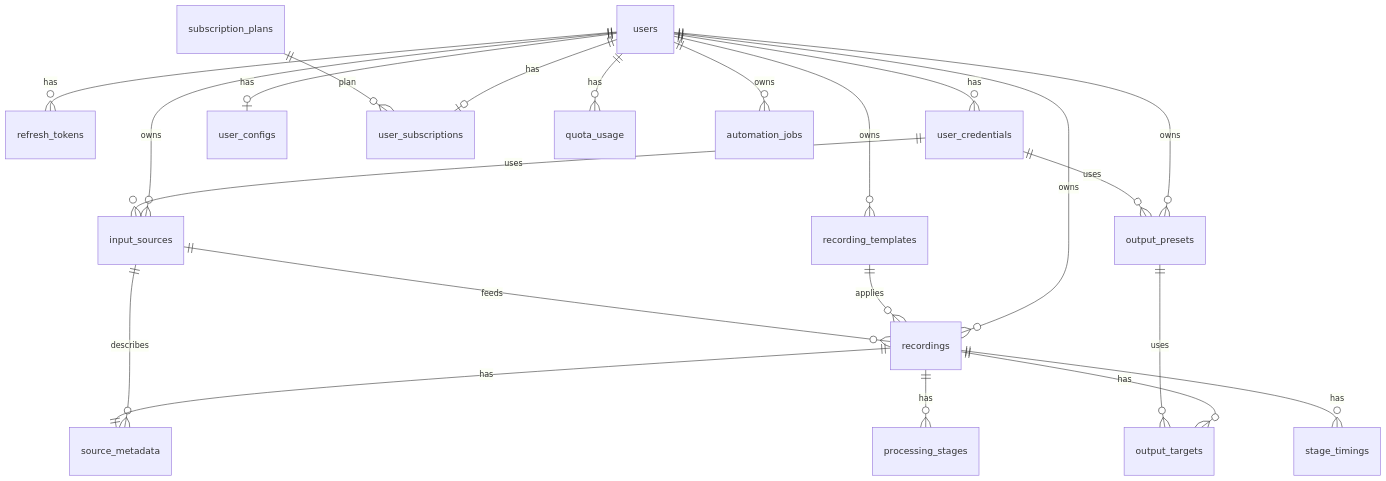
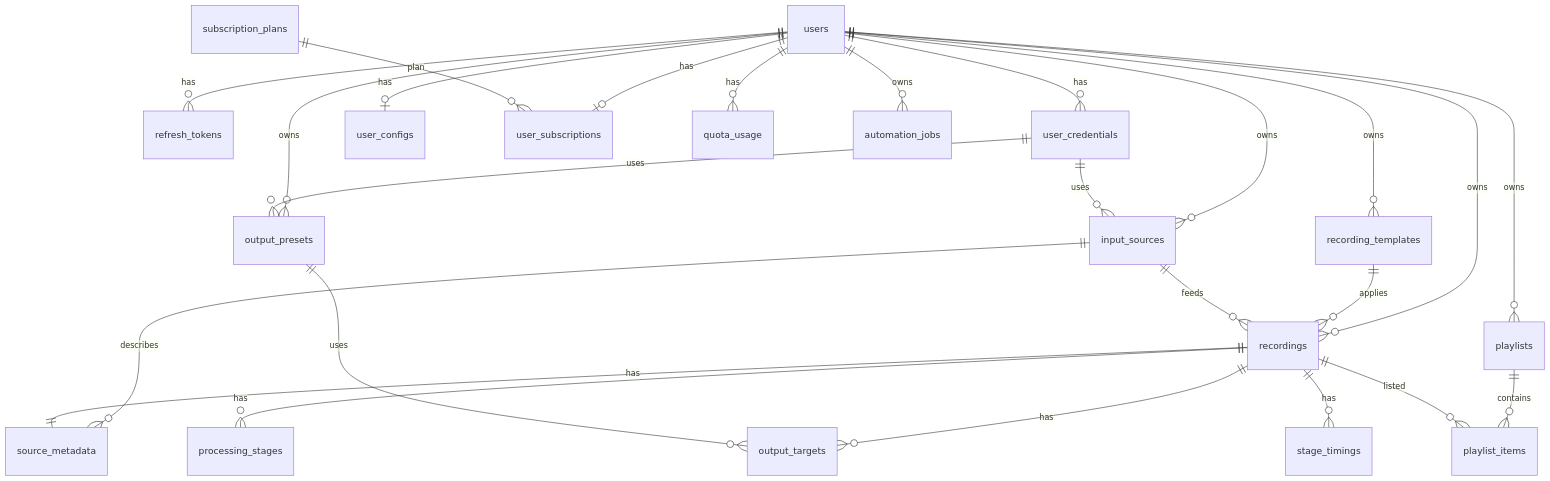
One commit to GordeyZuev/LEAP changed the diagram in backend/docs/DATABASE_DESIGN.md. Above: the diagram before and after it, drawn with Mermaid. The commit also changed other lines of this file and 86 other files, not shown here.

````diff
--- a/backend/docs/DATABASE_DESIGN.md
+++ b/backend/docs/DATABASE_DESIGN.md
@@ -51,28 +52,31 @@
 ```mermaid
 erDiagram
     users ||--o{ refresh_tokens : has
     users ||--o{ user_credentials : has
     users ||--o| user_configs : has
     users ||--o| user_subscriptions : has
     users ||--o{ quota_usage : has
     users ||--o{ recording_templates : owns
     users ||--o{ input_sources : owns
     users ||--o{ output_presets : owns
     users ||--o{ automation_jobs : owns
     users ||--o{ recordings : owns
 
     subscription_plans ||--o{ user_subscriptions : plan
 
     recording_templates ||--o{ recordings : applies
     input_sources ||--o{ recordings : feeds
     input_sources ||--o{ source_metadata : describes
 
     recordings ||--|| source_metadata : has
     recordings ||--o{ output_targets : has
     recordings ||--o{ processing_stages : has
     recordings ||--o{ stage_timings : has
+    users ||--o{ playlists : owns
+    playlists ||--o{ playlist_items : contains
+    recordings ||--o{ playlist_items : listed
 
     user_credentials ||--o{ input_sources : uses
     user_credentials ||--o{ output_presets : uses
     output_presets ||--o{ output_targets : uses
 ```
````
